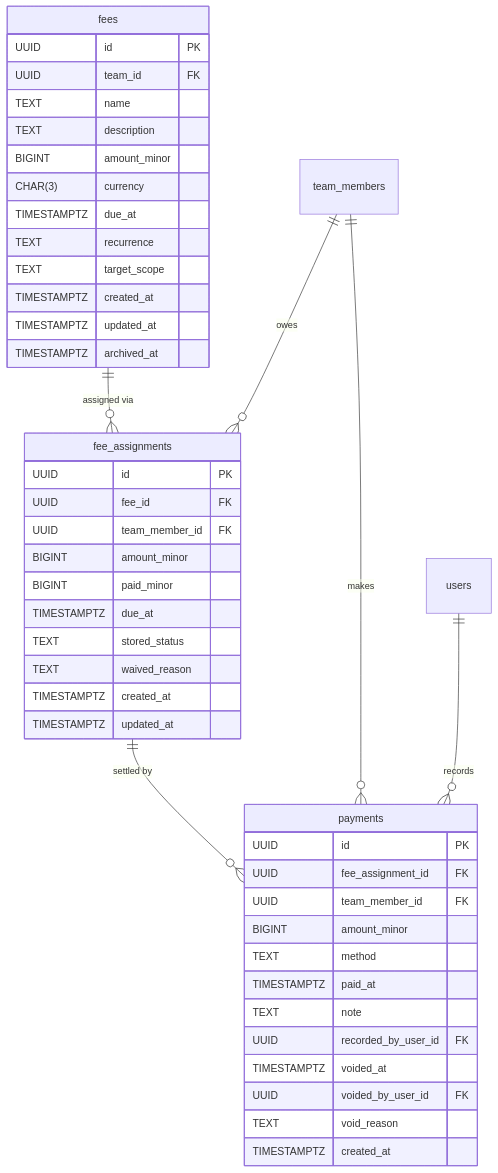
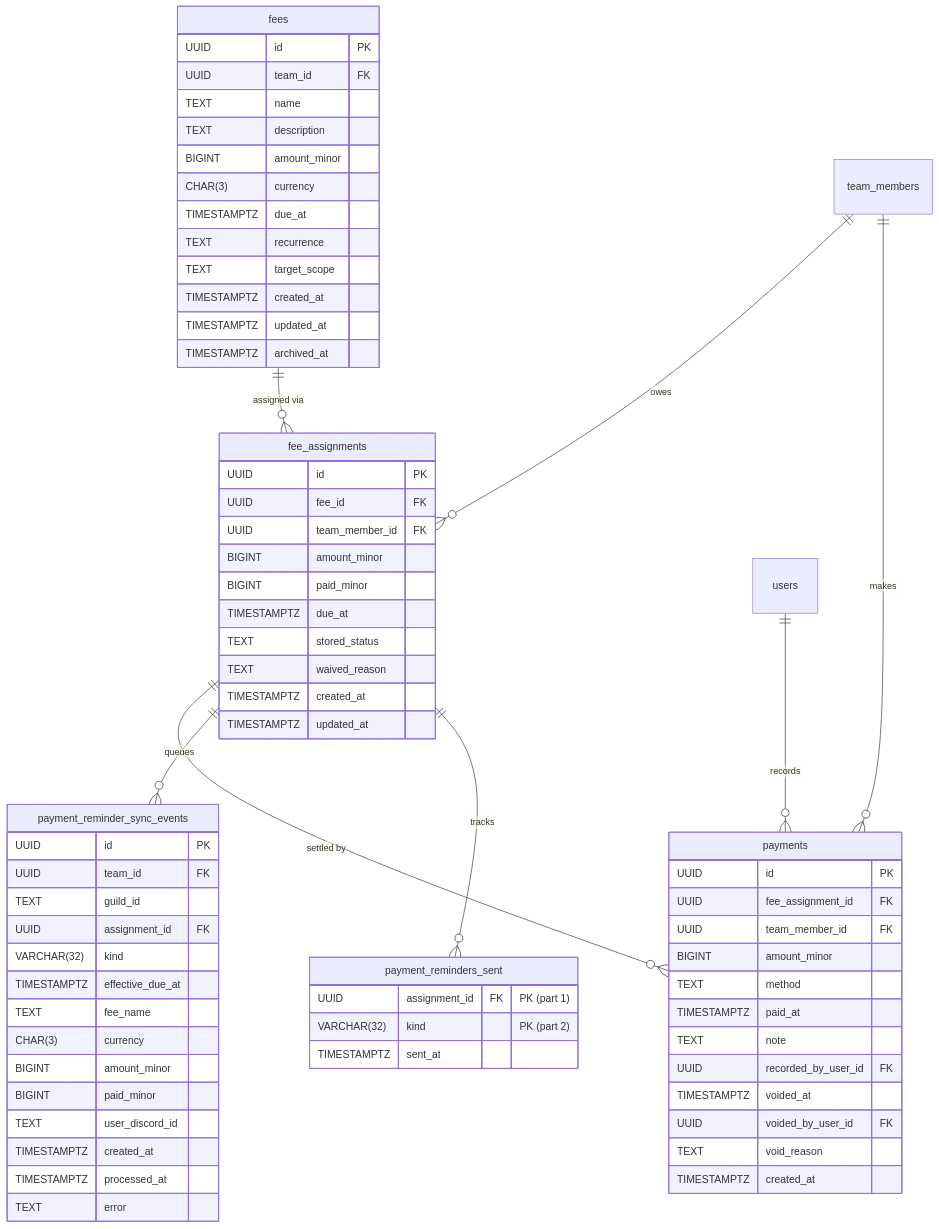
Diagram 15 of 15 in docs/thesis/er-diagram.md (sideline-cz/sideline), drawn with Mermaid before and after one commit. The commit also changed other lines of this file and 45 other files, not shown here.

First line of the commit message:
feat: send payment reminders via Discord DM and iCal feed (#308)

````diff
--- a/docs/thesis/er-diagram.md
+++ b/docs/thesis/er-diagram.md
@@ -806,51 +808,76 @@
 ```mermaid
 erDiagram
     fees {
         UUID id PK
         UUID team_id FK
         TEXT name
         TEXT description
         BIGINT amount_minor
         CHAR(3) currency
         TIMESTAMPTZ due_at
         TEXT recurrence
         TEXT target_scope
         TIMESTAMPTZ created_at
         TIMESTAMPTZ updated_at
         TIMESTAMPTZ archived_at
     }
 
     fee_assignments {
         UUID id PK
         UUID fee_id FK
         UUID team_member_id FK
         BIGINT amount_minor
         BIGINT paid_minor
         TIMESTAMPTZ due_at
         TEXT stored_status
         TEXT waived_reason
         TIMESTAMPTZ created_at
         TIMESTAMPTZ updated_at
     }
 
     payments {
         UUID id PK
         UUID fee_assignment_id FK
         UUID team_member_id FK
         BIGINT amount_minor
         TEXT method
         TIMESTAMPTZ paid_at
         TEXT note
         UUID recorded_by_user_id FK
         TIMESTAMPTZ voided_at
         UUID voided_by_user_id FK
         TEXT void_reason
         TIMESTAMPTZ created_at
     }
 
+    payment_reminder_sync_events {
+        UUID id PK
+        UUID team_id FK
+        TEXT guild_id
+        UUID assignment_id FK
+        VARCHAR(32) kind
+        TIMESTAMPTZ effective_due_at
+        TEXT fee_name
+        CHAR(3) currency
+        BIGINT amount_minor
+        BIGINT paid_minor
+        TEXT user_discord_id
+        TIMESTAMPTZ created_at
+        TIMESTAMPTZ processed_at
+        TEXT error
+    }
+
+    payment_reminders_sent {
+        UUID assignment_id FK "PK (part 1)"
+        VARCHAR(32) kind "PK (part 2)"
+        TIMESTAMPTZ sent_at
+    }
+
     fees ||--o{ fee_assignments : "assigned via"
     fee_assignments ||--o{ payments : "settled by"
+    fee_assignments ||--o{ payment_reminder_sync_events : "queues"
+    fee_assignments ||--o{ payment_reminders_sent : "tracks"
     team_members ||--o{ fee_assignments : "owes"
     team_members ||--o{ payments : "makes"
     users ||--o{ payments : "records"
 ```
````
